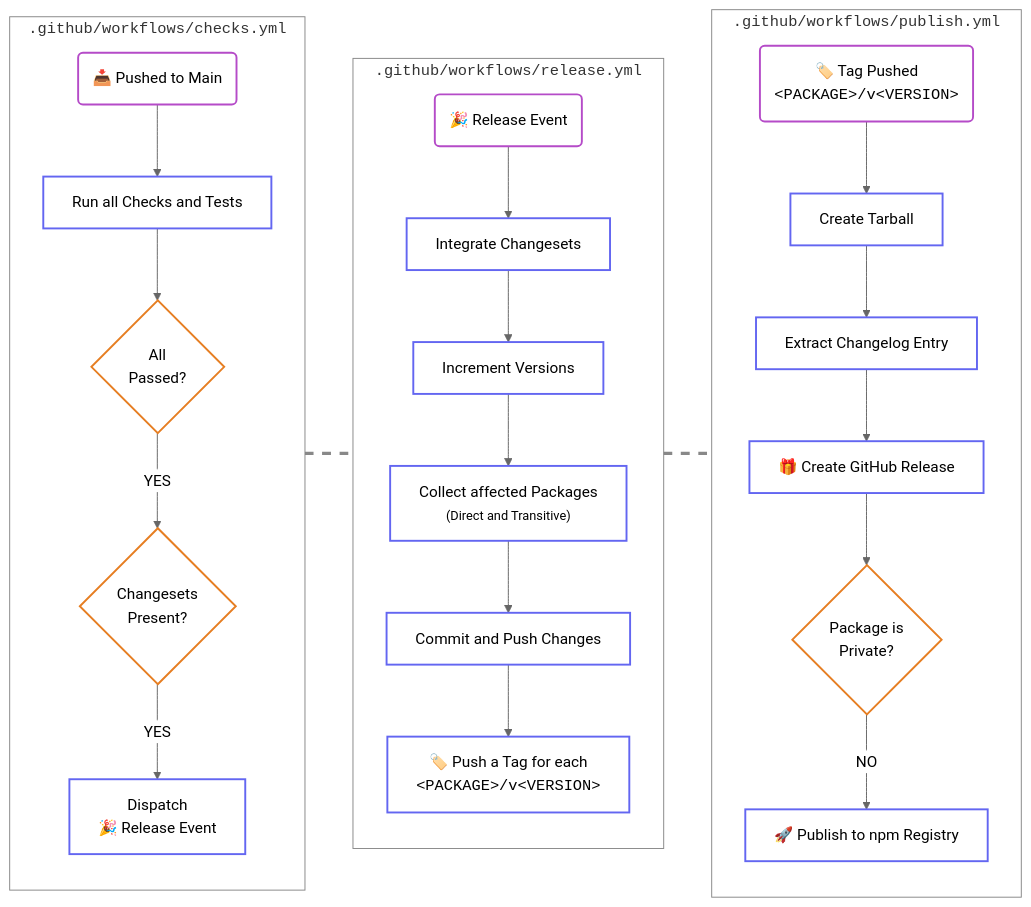
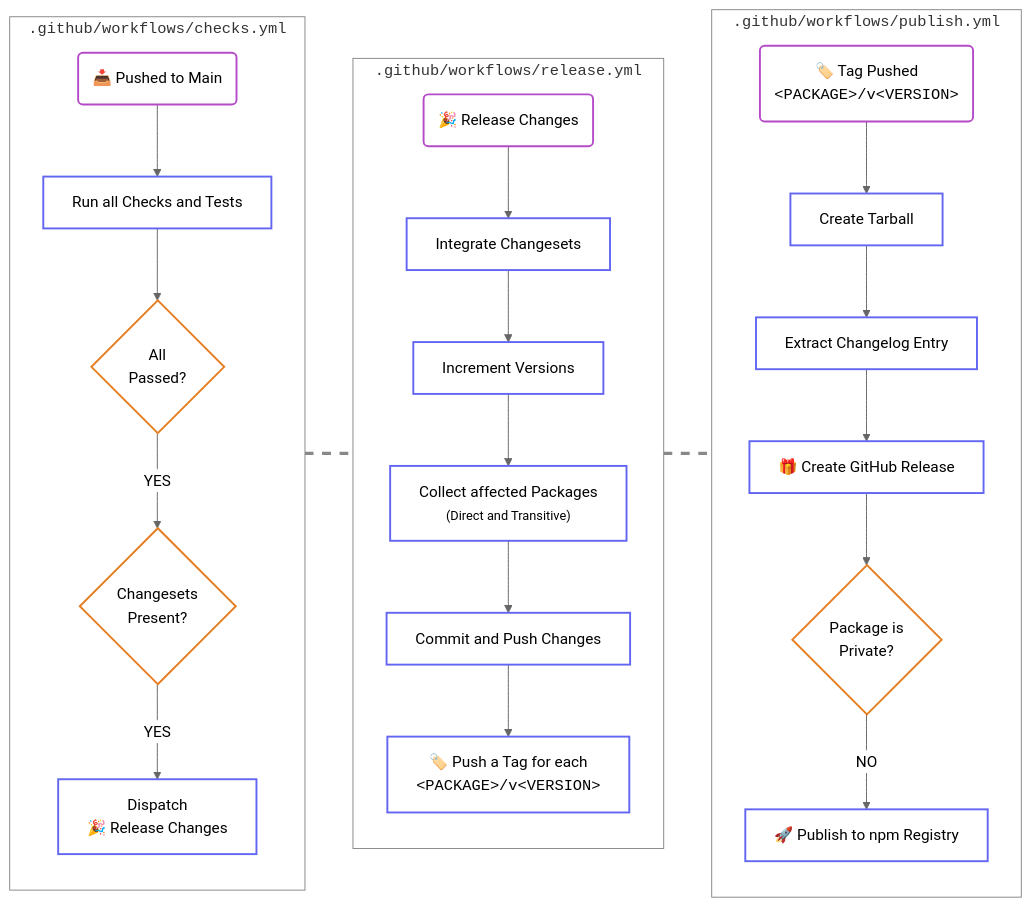
The diagram in README.md (simbo/packages), drawn with Mermaid (neutral theme) before and after one commit. The commit also changed 5 other files, not shown here.

````diff
--- a/README.md
+++ b/README.md
@@ -138,67 +138,67 @@
 ```mermaid
 flowchart LR
 
   subgraph ChecksWorkflow["<code>.github/workflows/checks.yml</code>"]
     PushToMain@{ shape: rounded, label: "📥 Pushed to Main" }
     Checks["Run all Checks and Tests"]
     ChecksPassed{"All<br>Passed?"}
     Changesets{"Changesets<br>Present?"}
-    ReleaseEventDispatch["Dispatch<br>🎉 Release Event"]
+    ReleaseEventDispatch["Dispatch<br>🎉 Release Changes"]
 
     direction TB
     PushToMain --> Checks
     Checks --> ChecksPassed
     ChecksPassed --"YES"--> Changesets
     Changesets --"YES"--> ReleaseEventDispatch
   end
 
   subgraph ReleaseWorkflow["<code>.github/workflows/release.yml</code>"]
-    ReleaseEvent@{ shape: rounded, label: "🎉 Release Event" }
+    ReleaseEvent@{ shape: rounded, label: "🎉 Release Changes" }
     IntegrateChangesets["Integrate Changesets"]
     IncrementVersions["Increment Versions"]
     CollectPackages["Collect affected Packages<br><small>(Direct and Transitive)</small>"]
     CommitAndPushChanges["Commit and Push Changes"]
     PushReleaseTags["🏷️ Push a Tag for each<br><code>&lt;PACKAGE&gt;/v&lt;VERSION&gt;</code>"]
 
     direction TB
     ReleaseEvent --> IntegrateChangesets
     IntegrateChangesets --> IncrementVersions
     IncrementVersions --> CollectPackages
     CollectPackages --> CommitAndPushChanges
     CommitAndPushChanges --> PushReleaseTags
   end
 
   subgraph PublishWorkflow["<code>.github/workflows/publish.yml</code>"]
     TagEvent@{ shape: rounded, label: "🏷️ Tag Pushed<br><code>&lt;PACKAGE&gt;/v&lt;VERSION&gt;</code>" }
     CreateTarball["Create Tarball"]
     ExtractChangelogEntry["Extract Changelog Entry"]
     CreateRelease["🎁 Create GitHub Release"]
     IsPrivate{"Package is<br>Private?"}
     PublishToNpm[🚀 Publish to npm Registry]
 
     direction TB
     TagEvent --> CreateTarball
     CreateTarball --> ExtractChangelogEntry
     ExtractChangelogEntry --> CreateRelease
     CreateRelease --> IsPrivate
     IsPrivate --"NO"--> PublishToNpm
   end
 
   ChecksWorkflow Link1@=== ReleaseWorkflow
   ReleaseWorkflow Link2@=== PublishWorkflow
 
   classDef animateLink stroke: #888888,stroke-dasharray:9,5,stroke-dashoffset:900, animation: dash 25s linear infinite;
   class Link1,Link2 animateLink
 
   classDef workflow stroke:#888888,fill:transparent;
   class ChecksWorkflow,ReleaseWorkflow,PublishWorkflow workflow
 
   classDef event stroke:#B54BC8,stroke-width:2px,fill:transparent;
   class PushToMain,TagEvent,ReleaseEvent event
 
   classDef step stroke:#6366F1,stroke-width:2px,fill:transparent;
   class Checks,ReleaseEventDispatch,IntegrateChangesets,IncrementVersions,CollectPackages,CommitAndPushChanges,PushReleaseTags,CreateTarball,ExtractChangelogEntry,CreateRelease,PublishToNpm step
 
   classDef gate stroke:#E67E22,stroke-width:2px,fill:transparent
   class IsPrivate,ChecksPassed,Changesets gate
 ```
````
